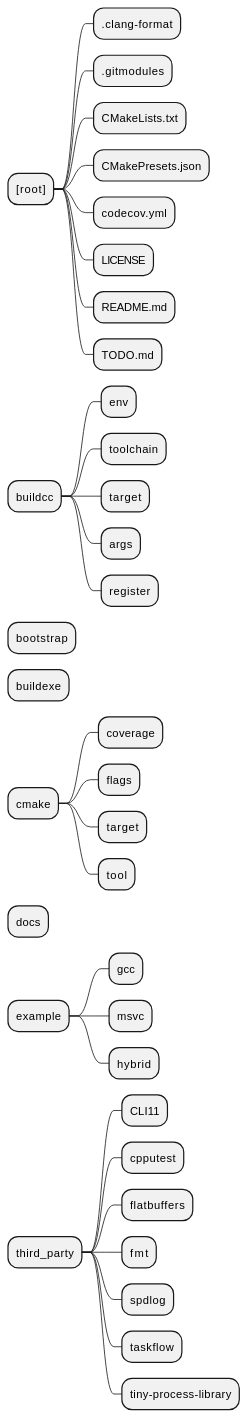
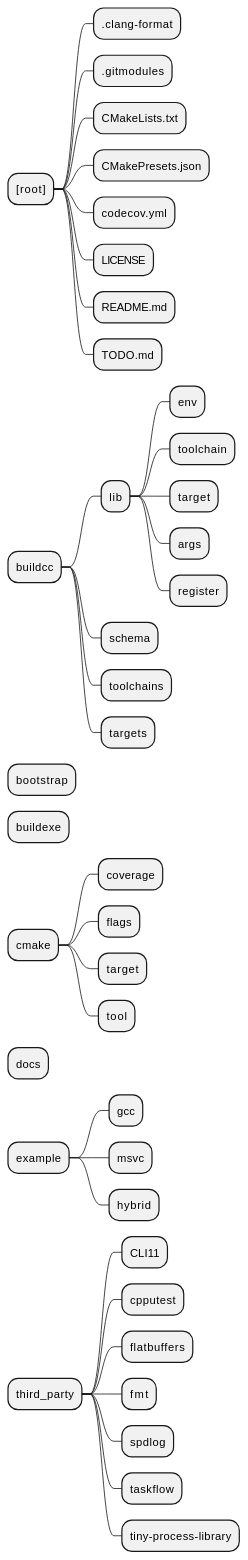
One commit to coder137/build_in_cpp changed the diagram in docs/source/arch/project_layout.rst. Above: the diagram before and after it, drawn with PlantUML. The commit also changed 37 other files, not shown here.

```diff
--- a/docs/source/arch/project_layout.rst
+++ b/docs/source/arch/project_layout.rst
@@ -4,39 +4,43 @@
 .. uml::
 
    @startmindmap
    * [root]
    ** .clang-format
    ** .gitmodules
    ** CMakeLists.txt
    ** CMakePresets.json
    ** codecov.yml
    ** LICENSE
    ** README.md
    ** TODO.md
    * buildcc
-   ** env
-   ** toolchain
-   ** target
-   ** args
-   ** register
+   ** lib
+   *** env
+   *** toolchain
+   *** target
+   *** args
+   *** register
+   ** schema
+   ** toolchains
+   ** targets
    * bootstrap
    * buildexe
    * cmake
    ** coverage
    ** flags
    ** target
    ** tool
    * docs
    * example
    ** gcc
    ** msvc
    ** hybrid
    * third_party
    ** CLI11
    ** cpputest
    ** flatbuffers
    ** fmt
    ** spdlog
    ** taskflow
    ** tiny-process-library
    @endmindmap
```
